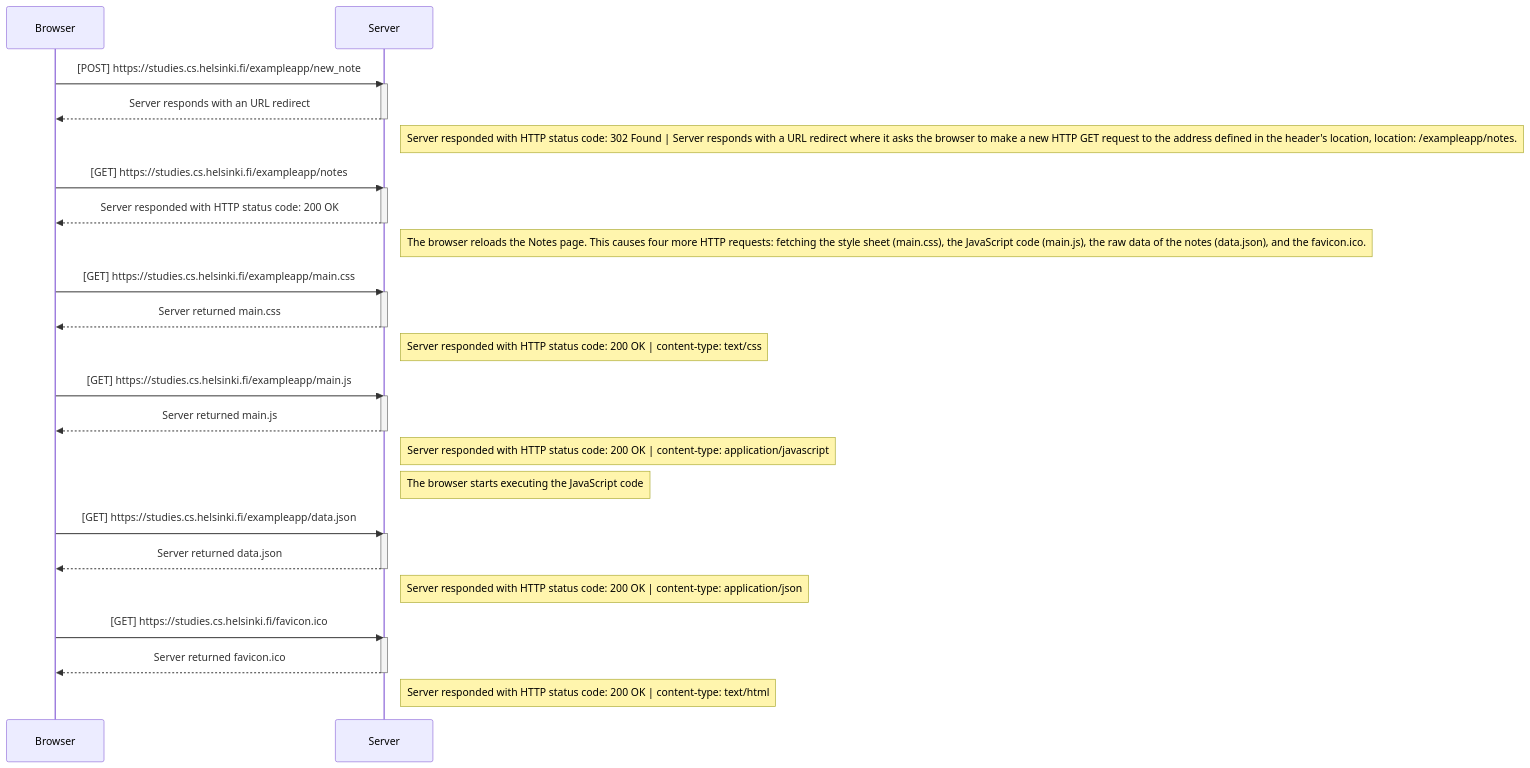
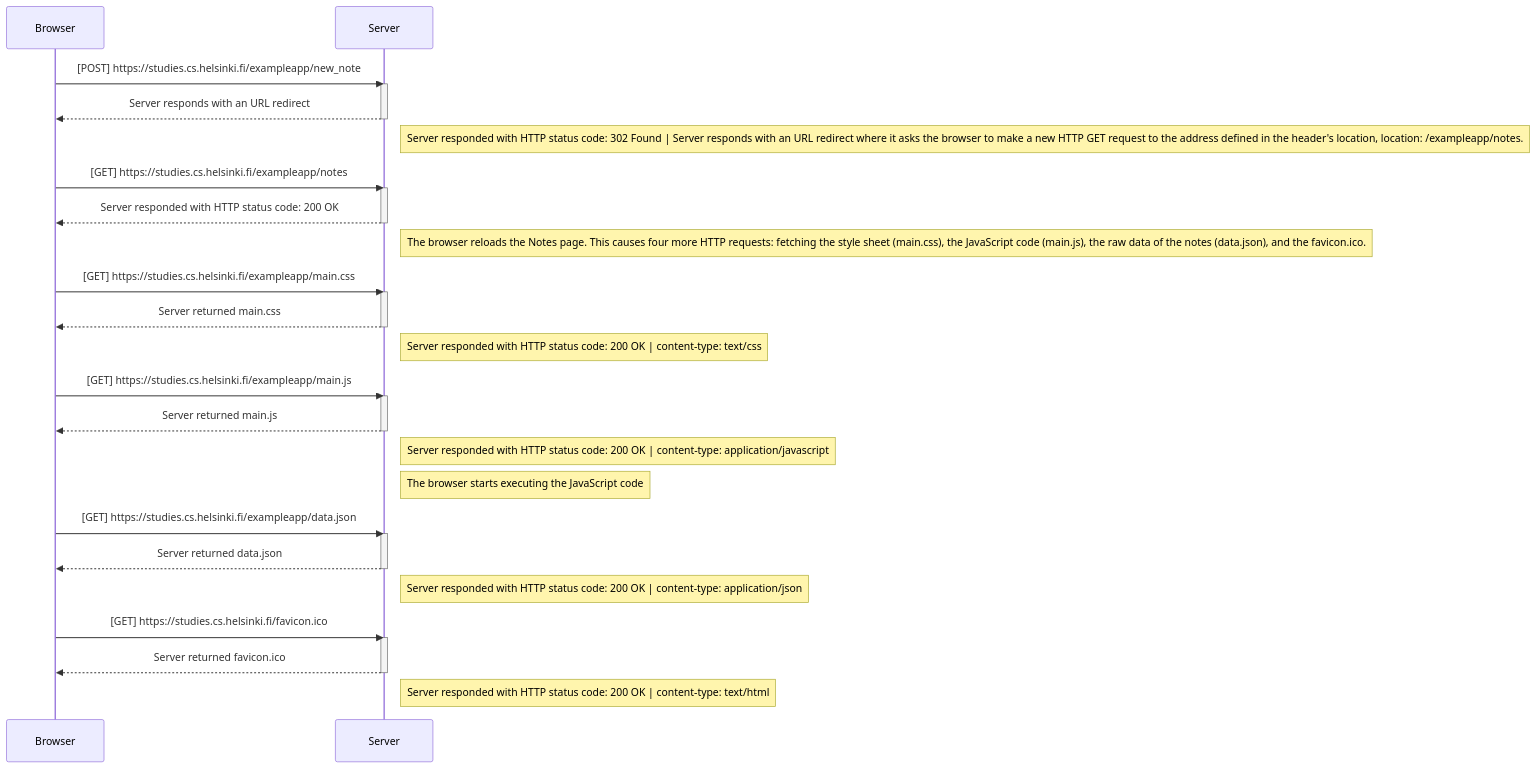
One commit to Northcrisp/Full_Stack_Open changed the diagram in Part0/0.4__New_Note_Diagram.md. Above: the diagram before and after it, drawn with Mermaid.

Commit message:
Text correction of diagram 0.4

````diff
--- a/Part0/0.4__New_Note_Diagram.md
+++ b/Part0/0.4__New_Note_Diagram.md
@@ -1,69 +1,69 @@
 ```mermaid
 sequenceDiagram
     
     participant Browser
     participant Server
 
     %% [Request/Response NR: 1] ************************************************
     
     Browser->>Server: [POST] https://studies.cs.helsinki.fi/exampleapp/new_note 
     activate Server
 
     Server-->>Browser: Server responds with an URL redirect
     deactivate Server
 
-    Note right of Server: Server responded with HTTP status code: 302 Found | Server responds with a URL redirect where it asks the browser to make a new HTTP GET request to the address defined in the header's location, location: /exampleapp/notes.
+    Note right of Server: Server responded with HTTP status code: 302 Found | Server responds with an URL redirect where it asks the browser to make a new HTTP GET request to the address defined in the header's location, location: /exampleapp/notes.
 
     %% [Request/Response NR: 2] ************************************************
 
     Browser->>Server: [GET] https://studies.cs.helsinki.fi/exampleapp/notes
     activate Server
     
     Server-->>Browser: Server responded with HTTP status code: 200 OK
     deactivate Server
 
     Note right of Server: The browser reloads the Notes page. This causes four more HTTP requests: fetching the style sheet (main.css), the JavaScript code (main.js), the raw data of the notes (data.json), and the favicon.ico. 
 
     %% [Request/Response NR: 3] ************************************************
 
     Browser->>Server: [GET] https://studies.cs.helsinki.fi/exampleapp/main.css
     activate Server
 
     Server-->>Browser: Server returned main.css
     deactivate Server
 
     Note right of Server: Server responded with HTTP status code: 200 OK | content-type: text/css;
 
     %% [Request/Response NR: 4] ************************************************
 
     Browser->>Server: [GET] https://studies.cs.helsinki.fi/exampleapp/main.js
     activate Server
 
     Server-->>Browser: Server returned main.js
     deactivate Server
 
     Note right of Server: Server responded with HTTP status code: 200 OK | content-type: application/javascript;
     Note right of Server: The browser starts executing the JavaScript code
 
     %% [Request/Response NR: 5] ************************************************
 
     Browser->>Server: [GET] https://studies.cs.helsinki.fi/exampleapp/data.json
     activate Server
 
     Server-->>Browser: Server returned data.json
     deactivate Server
 
     Note right of Server: Server responded with HTTP status code: 200 OK | content-type: application/json;
 
     %% [Request/Response NR: 6] ************************************************
 
     Browser->>Server: [GET] https://studies.cs.helsinki.fi/favicon.ico
     activate Server
 
     Server-->>Browser: Server returned favicon.ico
     deactivate Server
 
     Note right of Server: Server responded with HTTP status code: 200 OK | content-type: text/html
 
 
 ```
````
